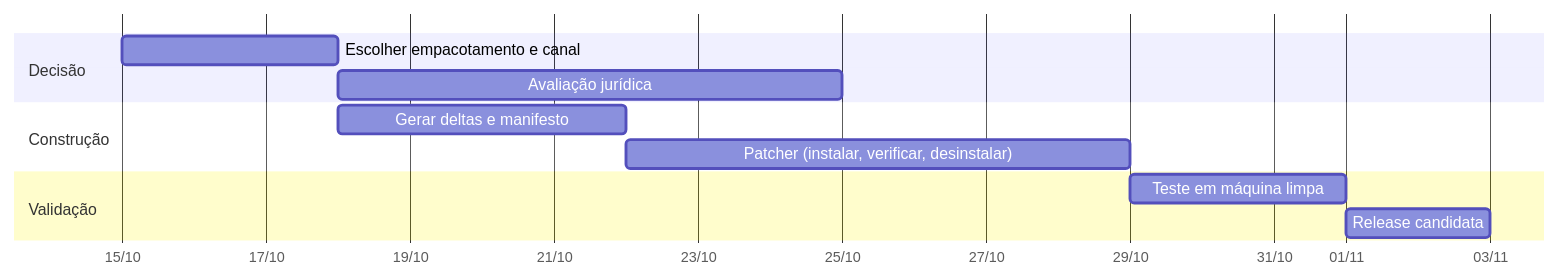
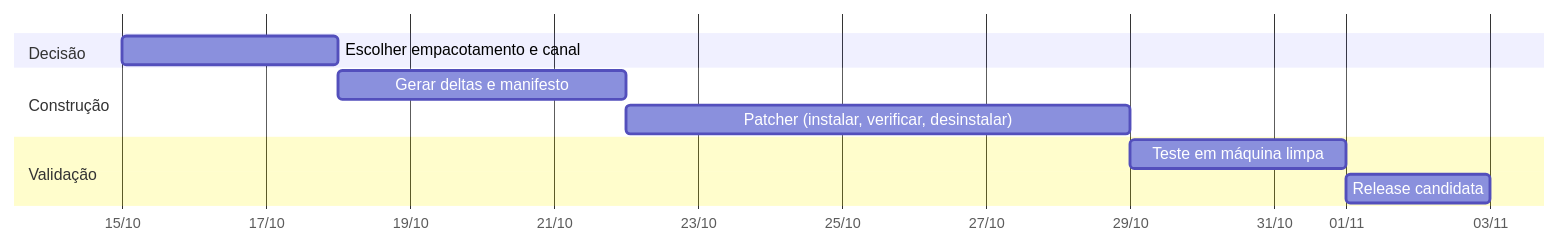
One commit to scudellerlemos/translation-cognition-framework changed the fourth of 4 diagrams in projects/bof4/PRD_DISTRIBUICAO.md. Above: the diagram before and after it, drawn with Mermaid. The commit also changed other lines of this file, not shown here.

````diff
--- a/projects/bof4/PRD_DISTRIBUICAO.md
+++ b/projects/bof4/PRD_DISTRIBUICAO.md
@@ -159,14 +159,13 @@
 ```mermaid
 gantt
     dateFormat  YYYY-MM-DD
     axisFormat  %d/%m
     section Decisão
     Escolher empacotamento e canal       :d1, 2026-10-15, 3d
-    Avaliação jurídica                   :d2, after d1, 7d
     section Construção
     Gerar deltas e manifesto             :c1, after d1, 4d
     Patcher (instalar, verificar, desinstalar) :c2, after c1, 7d
     section Validação
     Teste em máquina limpa               :v1, after c2, 3d
     Release candidata                    :v2, after v1, 2d
 ```
````
